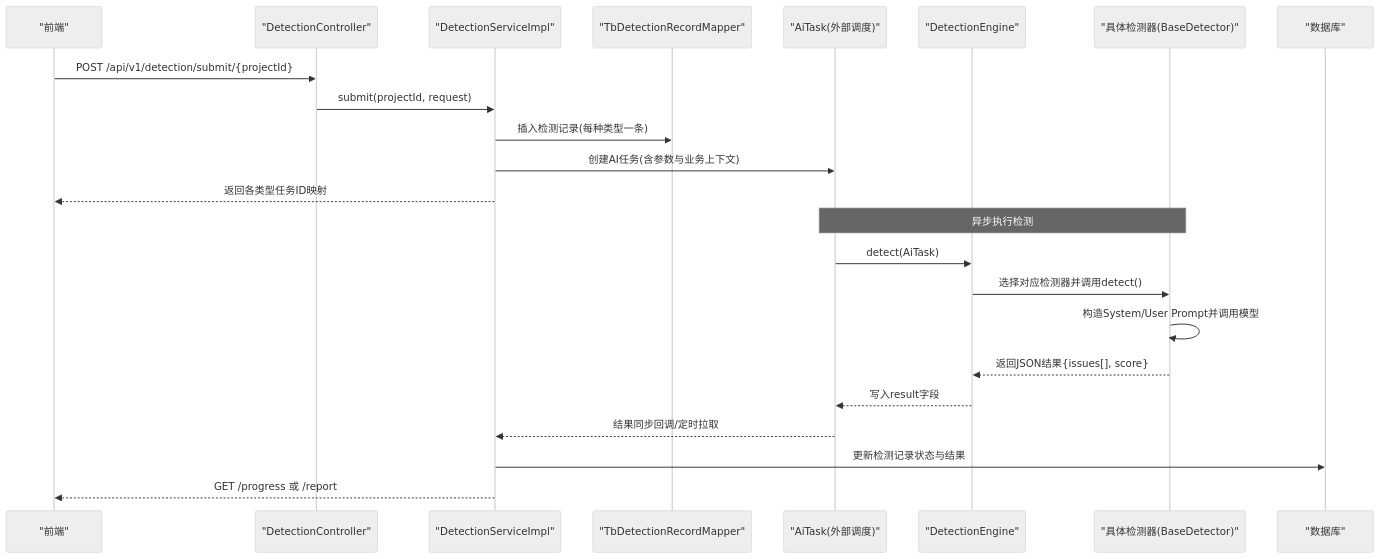
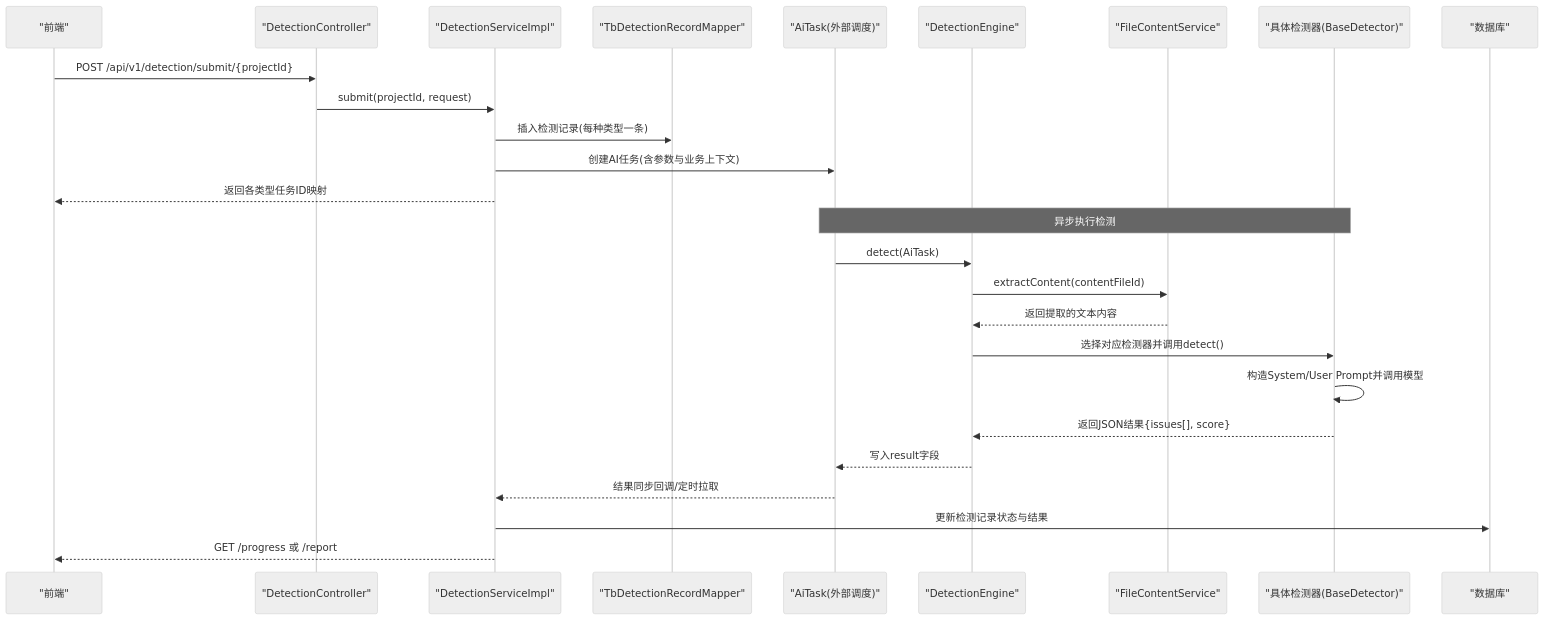
One commit to DrunkFood/First changed the second of 6 diagrams in .qoder/repowiki/zh/content/后端服务/核心业务服务 (ele-ai-tender-core)/智能检测服务.md. Above: the diagram before and after it, drawn with Mermaid (neutral theme). The commit also changed other lines of this file and 69 other files, not shown here.

````diff
--- a/.qoder/repowiki/zh/content/后端服务/核心业务服务 (ele-ai-tender-core)/智能检测服务.md
+++ b/.qoder/repowiki/zh/content/后端服务/核心业务服务 (ele-ai-tender-core)/智能检测服务.md
@@ -145,25 +160,28 @@
 ```mermaid
 sequenceDiagram
 participant FE as "前端"
 participant CTRL as "DetectionController"
 participant SVC as "DetectionServiceImpl"
 participant REC as "TbDetectionRecordMapper"
 participant TASK as "AiTask(外部调度)"
 participant ENG as "DetectionEngine"
+participant FCS as "FileContentService"
 participant DET as "具体检测器(BaseDetector)"
 participant DB as "数据库"
 FE->>CTRL : POST /api/v1/detection/submit/{projectId}
 CTRL->>SVC : submit(projectId, request)
 SVC->>REC : 插入检测记录(每种类型一条)
 SVC->>TASK : 创建AI任务(含参数与业务上下文)
 SVC-->>FE : 返回各类型任务ID映射
 Note over TASK,DET : 异步执行检测
 TASK->>ENG : detect(AiTask)
+ENG->>FCS : extractContent(contentFileId)
+FCS-->>ENG : 返回提取的文本内容
 ENG->>DET : 选择对应检测器并调用detect()
 DET->>DET : 构造System/User Prompt并调用模型
 DET-->>ENG : 返回JSON结果{issues[], score}
 ENG-->>TASK : 写入result字段
 TASK-->>SVC : 结果同步回调/定时拉取
 SVC->>DB : 更新检测记录状态与结果
 SVC-->>FE : GET /progress 或 /report
 ```
````
